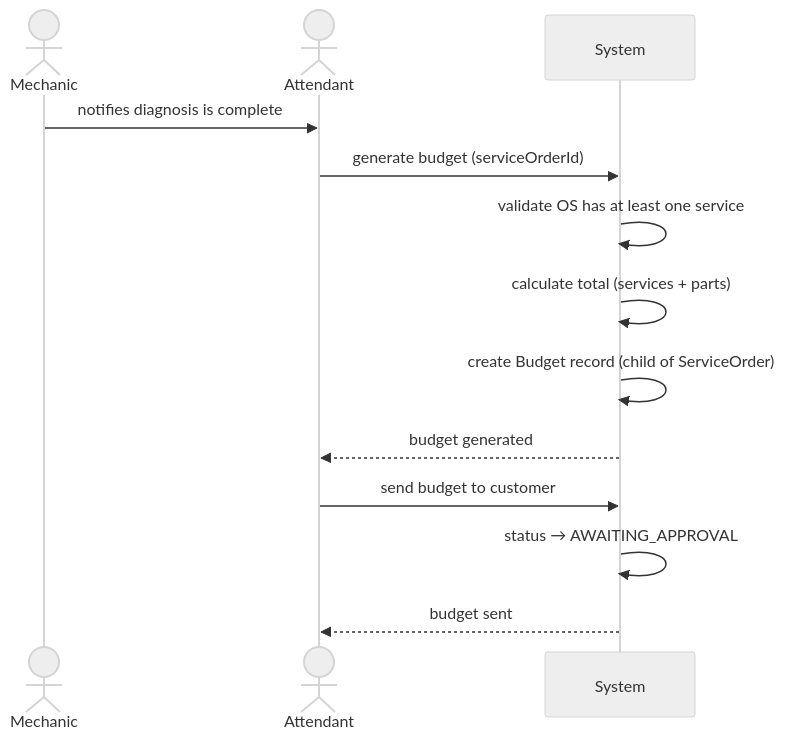
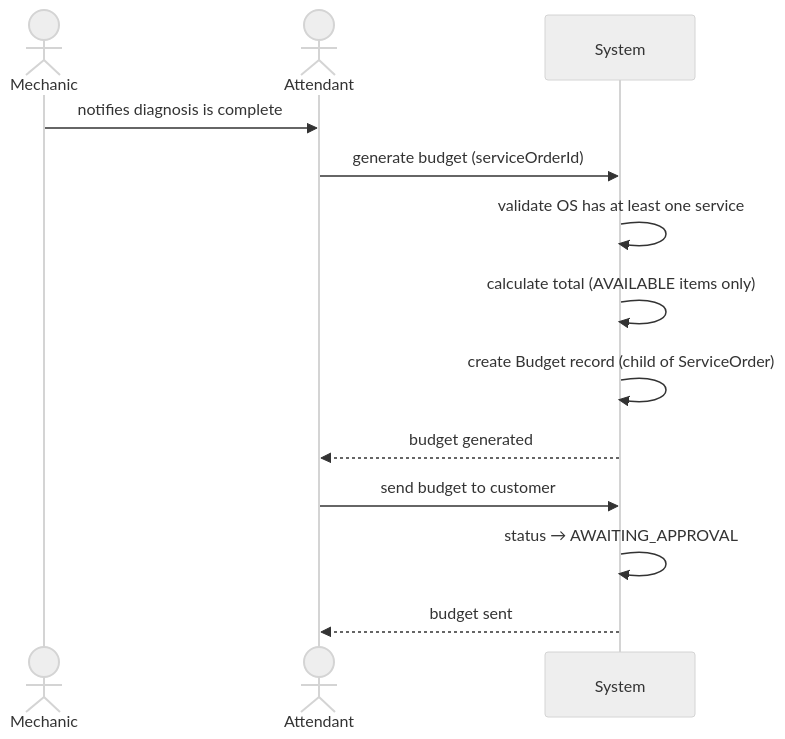
Before and after one commit to rnataoliveira/mechanics-software: the ninth of 19 diagrams in docs/domain/domain-storytelling.md, drawn with Mermaid (neutral theme). The commit also changed other lines of this file and 1 other file, not shown here.

Commit message:
docs: fix remaining inconsistencies in domain documents
- Fix Flow 2 (Inventory): resolve hot spot #2, add UNAVAILABLE behavior
- Fix Story 9: budget total calculated from AVAILABLE items only

````diff
--- a/docs/domain/domain-storytelling.md
+++ b/docs/domain/domain-storytelling.md
@@ -307,17 +307,17 @@
 ```mermaid
 sequenceDiagram
     actor Mechanic
     actor Attendant
     participant System
 
     Mechanic->>Attendant: notifies diagnosis is complete
     Attendant->>System: generate budget (serviceOrderId)
     System->>System: validate OS has at least one service
-    System->>System: calculate total (services + parts)
+    System->>System: calculate total (AVAILABLE items only)
     System->>System: create Budget record (child of ServiceOrder)
     System-->>Attendant: budget generated
 
     Attendant->>System: send budget to customer
     System->>System: status → AWAITING_APPROVAL
     System-->>Attendant: budget sent
 ```
````
